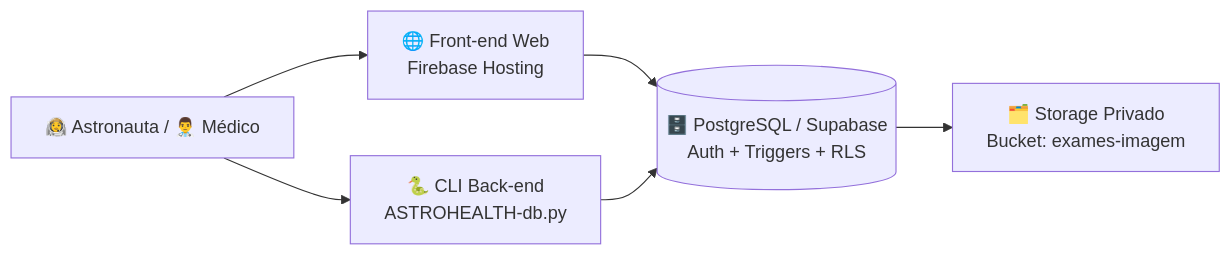
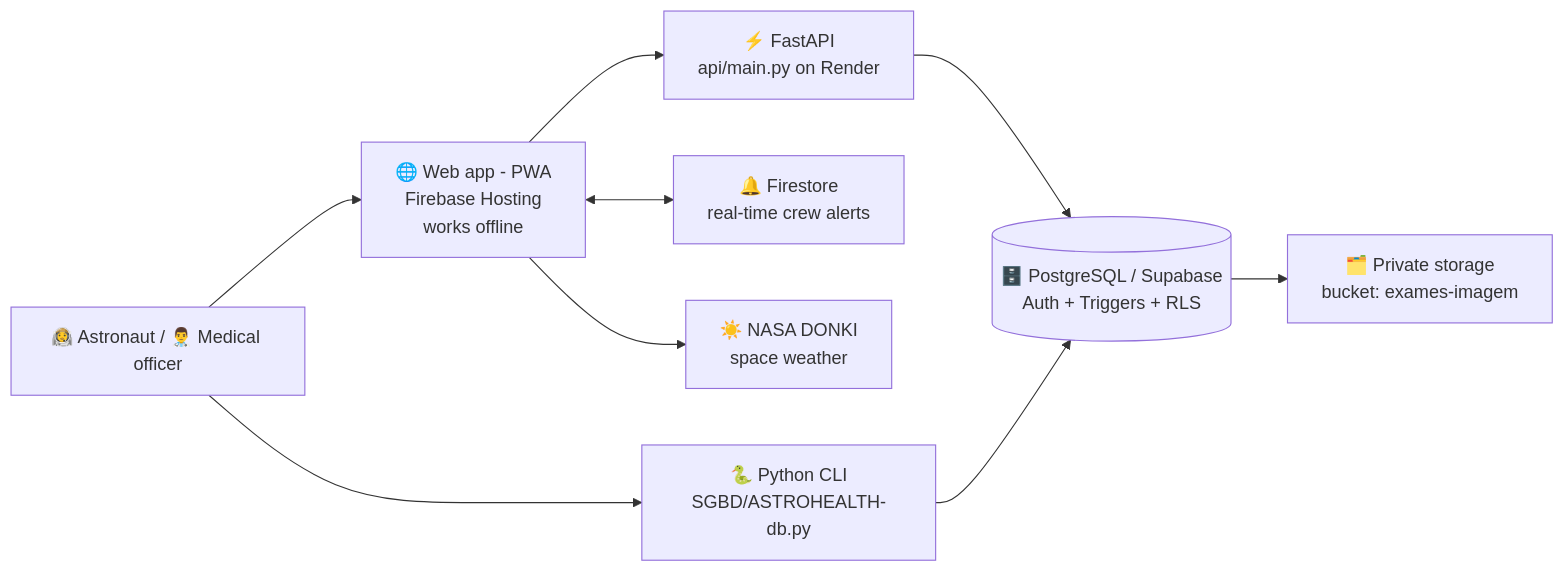
One commit to elisasoares0/Infinity_Girls changed the diagram in README.md. Above: the diagram before and after it, drawn with Mermaid. The commit also changed other lines of this file and 70 other files, not shown here.

````diff
--- a/README.md
+++ b/README.md
@@ -85,7 +180,10 @@
 ```mermaid
 flowchart LR
-    A[👩‍🚀 Astronauta / 👨‍⚕️ Médico] --> B[🌐 Front-end Web\nFirebase Hosting]
-    A --> C[🐍 CLI Back-end\nASTROHEALTH-db.py]
-    B & C --> D[(🗄️ PostgreSQL / Supabase\nAuth + Triggers + RLS)]
-    D --> E[🗂️ Storage Privado\nBucket: exames-imagem]
+    A[👩‍🚀 Astronaut / 👨‍⚕️ Medical officer] --> B[🌐 Web app - PWA<br/>Firebase Hosting<br/>works offline]
+    A --> C[🐍 Python CLI<br/>SGBD/ASTROHEALTH-db.py]
+    B --> F[⚡ FastAPI<br/>api/main.py on Render]
+    B <--> G[🔔 Firestore<br/>real-time crew alerts]
+    B --> H[☀️ NASA DONKI<br/>space weather]
+    F & C --> D[(🗄️ PostgreSQL / Supabase<br/>Auth + Triggers + RLS)]
+    D --> E[🗂️ Private storage<br/>bucket: exames-imagem]
 ```
````
